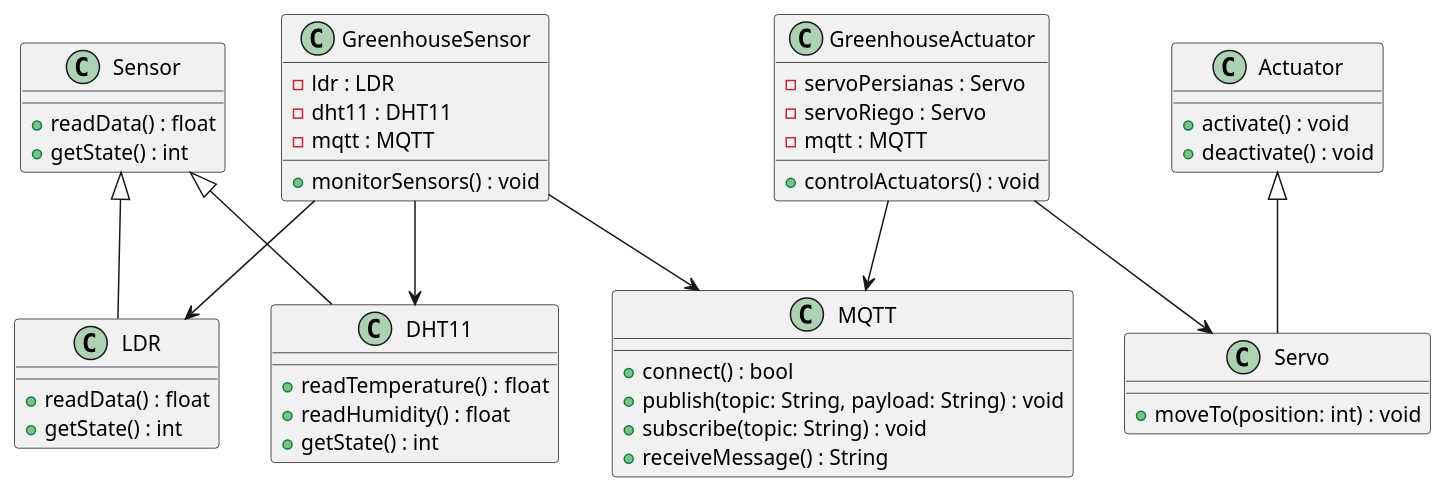
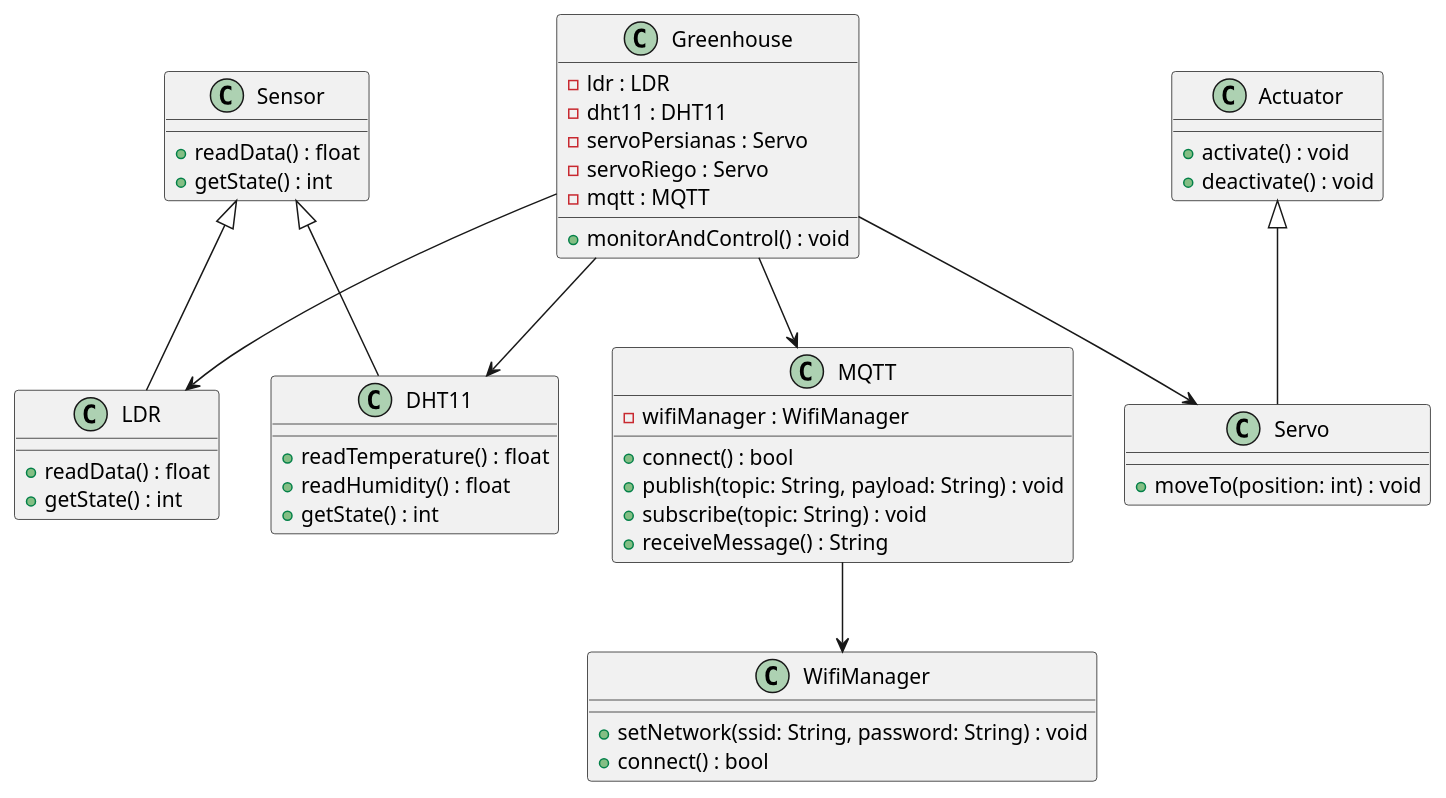
One commit to Focus0Wizard/greenhouse_project changed the diagram in diagrams/structure.puml. Above: the diagram before and after it, drawn with PlantUML. The commit also changed 1 other file, not shown here.

Commit message:
change structure & sequence by using only 1 microcontroller@

```diff
--- a/diagrams/structure.puml
+++ b/diagrams/structure.puml
@@ -1,58 +1,59 @@
 @startuml
+class Greenhouse {
+  -ldr : LDR
+  -dht11 : DHT11
+  -servoPersianas : Servo
+  -servoRiego : Servo
+  -mqtt : MQTT
+  +monitorAndControl() : void
+}
+
 class Sensor {
   +readData() : float
   +getState() : int
 }
 
 class LDR {
   +readData() : float
   +getState() : int
 }
 
 class DHT11 {
   +readTemperature() : float
   +readHumidity() : float
   +getState() : int
 }
 
 class Actuator {
   +activate() : void
   +deactivate() : void
 }
 
 class Servo {
   +moveTo(position: int) : void
 }
 
-class GreenhouseSensor {
-  -ldr : LDR
-  -dht11 : DHT11
-  -mqtt : MQTT
-  +monitorSensors() : void
-}
-
-class GreenhouseActuator {
-  -servoPersianas : Servo
-  -servoRiego : Servo
-  -mqtt : MQTT
-  +controlActuators() : void
-}
-
 class MQTT {
+  -wifiManager : WifiManager
   +connect() : bool
   +publish(topic: String, payload: String) : void
   +subscribe(topic: String) : void
   +receiveMessage() : String
 }
 
+class WifiManager {
+  +setNetwork(ssid: String, password: String) : void
+  +connect() : bool
+}
+
 Sensor <|-- LDR
 Sensor <|-- DHT11
 Actuator <|-- Servo
 
-GreenhouseSensor --> LDR
-GreenhouseSensor --> DHT11
-GreenhouseSensor --> MQTT
+Greenhouse --> LDR
+Greenhouse --> DHT11
+Greenhouse --> Servo
+Greenhouse --> MQTT
 
-GreenhouseActuator --> Servo
-GreenhouseActuator --> MQTT
+MQTT --> WifiManager
 @enduml
```
